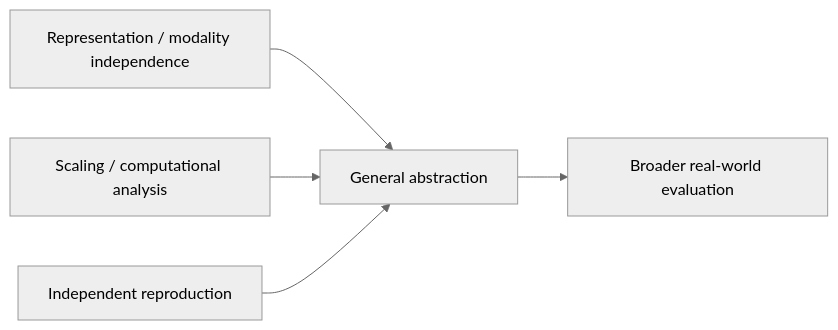
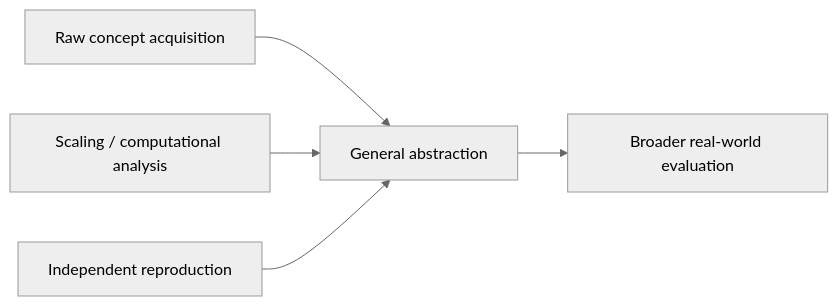
Before and after one commit to realahmad07/Mirror-7: the sixth of 6 diagrams in README.md, drawn with Mermaid (neutral theme). The commit also changed other lines of this file, not shown here.

````diff
--- a/README.md
+++ b/README.md
@@ -568,7 +585,7 @@
 ```mermaid
 flowchart LR
-    A["Representation / modality independence"] --> D["General abstraction"]
+    A["Raw concept acquisition"] --> D["General abstraction"]
     B["Scaling / computational analysis"] --> D
     C["Independent reproduction"] --> D
     D --> E["Broader real-world evaluation"]
 ```
````
